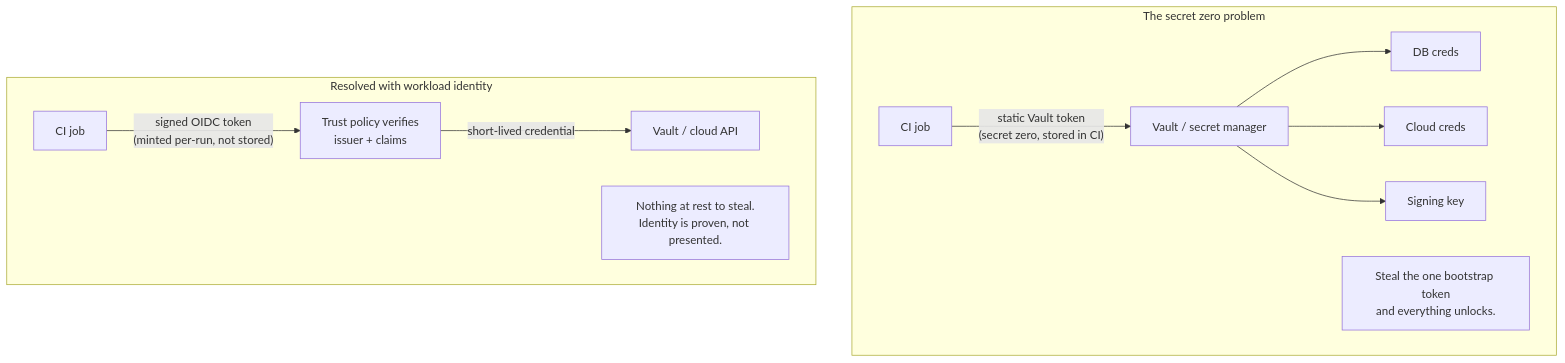
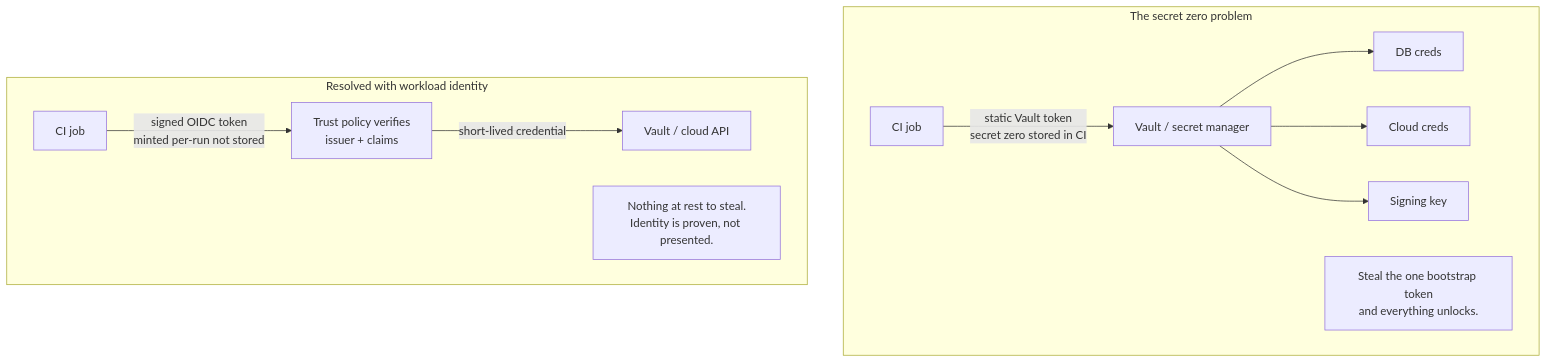
The third of 7 diagrams in book-04-build-cicd/ch06-secrets-in-cicd.md (bumbsclaw/textbooks), drawn with Mermaid before and after one commit. The commit also changed 173 other files, not shown here.

First line of the commit message:
fix(mermaid): close note brackets, semicolons in Notes, stateDiagram br -> dash, edge parens

````diff
--- a/book-04-build-cicd/ch06-secrets-in-cicd.md
+++ b/book-04-build-cicd/ch06-secrets-in-cicd.md
@@ -298,15 +298,15 @@
 ```mermaid
 flowchart TB
     subgraph naive["The secret zero problem"]
-        J1["CI job"] -->|"static Vault token<br/>(secret zero, stored in CI)"| V1["Vault / secret manager"]
+        J1["CI job"] -->|"static Vault token<br > secret zero stored in CI "| V1["Vault / secret manager"]
         V1 --> DB1["DB creds"]
         V1 --> CL1["Cloud creds"]
         V1 --> SK1["Signing key"]
         note1["Steal the one bootstrap token<br/>and everything unlocks."]
     end
     subgraph solved["Resolved with workload identity"]
-        J2["CI job"] -->|"signed OIDC token<br/>(minted per-run, not stored)"| IDP["Trust policy verifies<br/>issuer + claims"]
+        J2["CI job"] -->|"signed OIDC token<br > minted per-run not stored "| IDP["Trust policy verifies<br/>issuer + claims"]
         IDP -->|"short-lived credential"| V2["Vault / cloud API"]
         note2["Nothing at rest to steal.<br/>Identity is proven, not presented."]
     end
 ```
````
